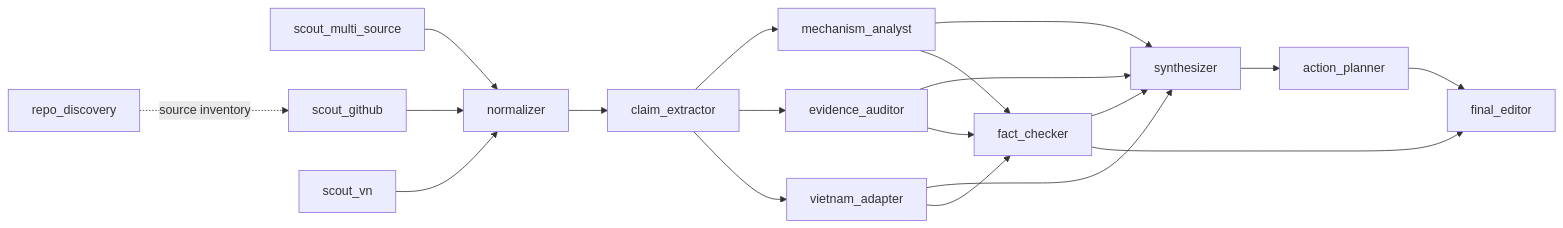
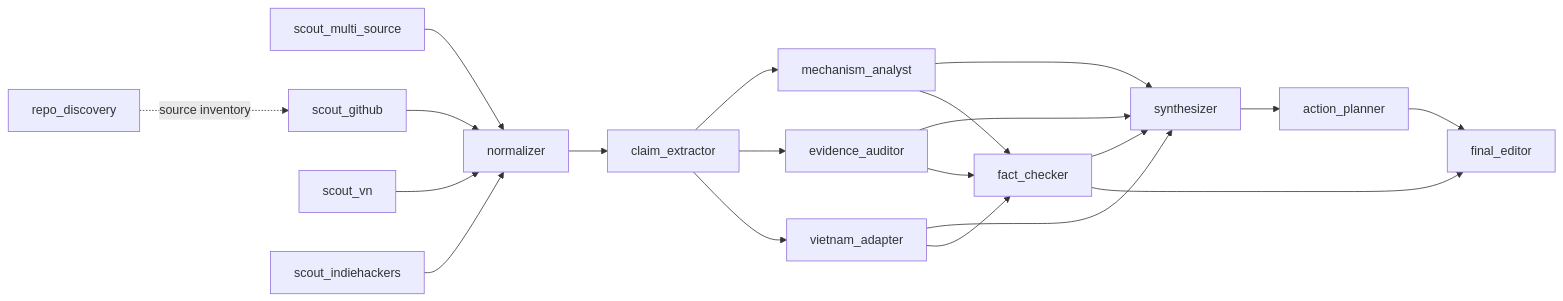
The diagram in docs/agent_dependency_graph.md (DataXMind/radar-money-online), drawn with Mermaid before and after one commit. The commit also changed other lines of this file and 39 other files, not shown here.

````diff
--- a/docs/agent_dependency_graph.md
+++ b/docs/agent_dependency_graph.md
@@ -6,21 +6,22 @@
 ```mermaid
 flowchart LR
   scout_multi_source --> normalizer
   scout_github --> normalizer
   scout_vn --> normalizer
+  scout_indiehackers --> normalizer
   repo_discovery -. source inventory .-> scout_github
   normalizer --> claim_extractor
   claim_extractor --> mechanism_analyst
   claim_extractor --> evidence_auditor
   claim_extractor --> vietnam_adapter
   mechanism_analyst --> synthesizer
   evidence_auditor --> synthesizer
   vietnam_adapter --> synthesizer
   mechanism_analyst --> fact_checker
   evidence_auditor --> fact_checker
   vietnam_adapter --> fact_checker
   fact_checker --> synthesizer
   synthesizer --> action_planner
   fact_checker --> final_editor
   action_planner --> final_editor
 ```
````
